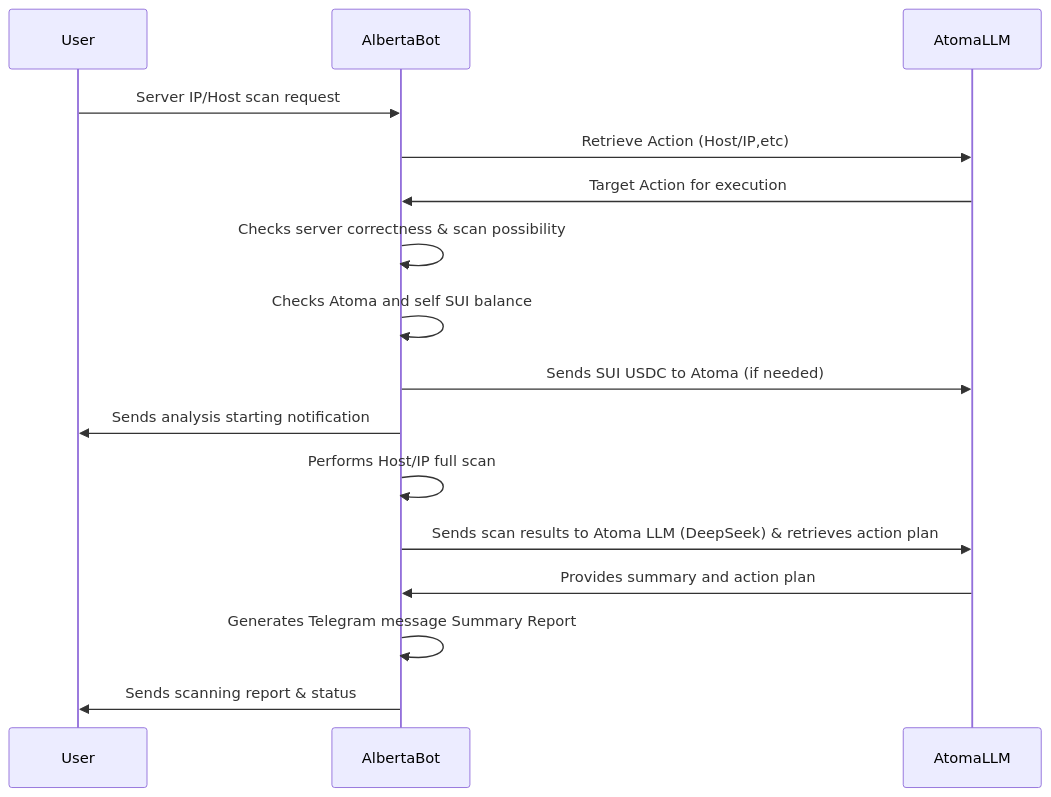
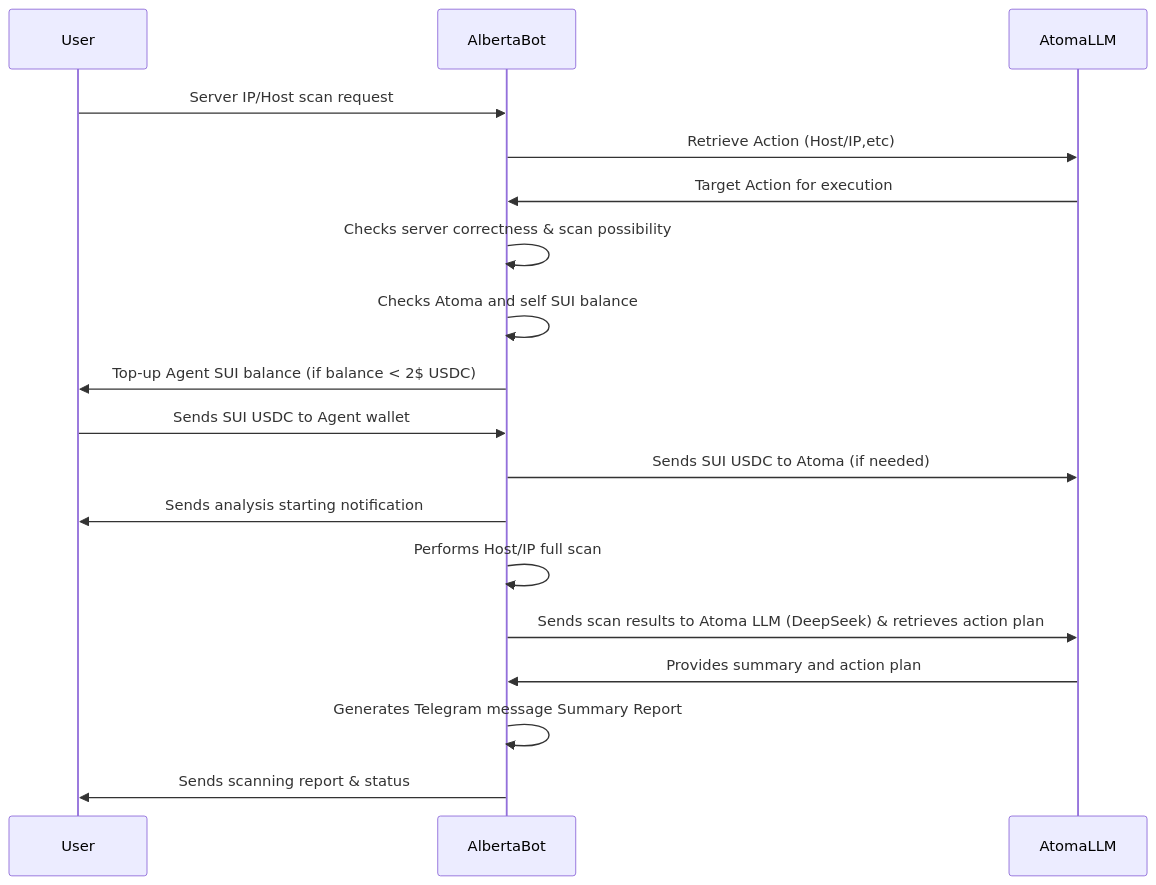
Before and after one commit to GanAIWeb3Club/Alberta-Assistant: the first of 2 diagrams in README.md, drawn with Mermaid.

Commit message:
diagram upd

````diff
--- a/README.md
+++ b/README.md
@@ -32,20 +32,22 @@
 ```mermaid
 sequenceDiagram
     participant User
     participant AlbertaBot
     participant AtomaLLM
 
     User ->> AlbertaBot: Server IP/Host scan request
     AlbertaBot ->> AtomaLLM: Retrieve Action (Host/IP,etc)
     AtomaLLM ->> AlbertaBot: Target Action for execution
     AlbertaBot ->> AlbertaBot: Checks server correctness & scan possibility
     AlbertaBot ->> AlbertaBot: Checks Atoma and self SUI balance
+    AlbertaBot ->> User: Top-up Agent SUI balance (if balance < 2$ USDC)
+    User ->> AlbertaBot: Sends SUI USDC to Agent wallet
     AlbertaBot ->> AtomaLLM: Sends SUI USDC to Atoma (if needed)
     AlbertaBot ->> User: Sends analysis starting notification
     AlbertaBot ->> AlbertaBot: Performs Host/IP full scan
     AlbertaBot ->> AtomaLLM: Sends scan results to Atoma LLM (DeepSeek) & retrieves action plan
     AtomaLLM ->> AlbertaBot: Provides summary and action plan
     AlbertaBot ->> AlbertaBot: Generates Telegram message Summary Report
     AlbertaBot ->> User: Sends scanning report & status
     
 ```
````
